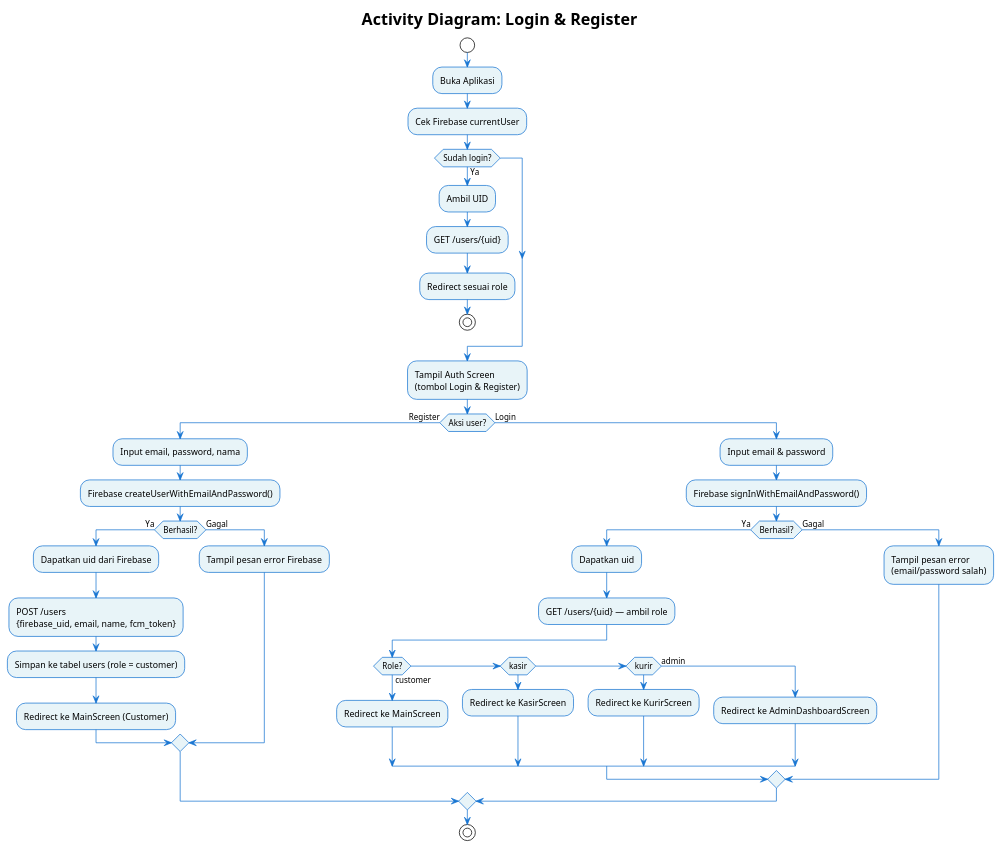
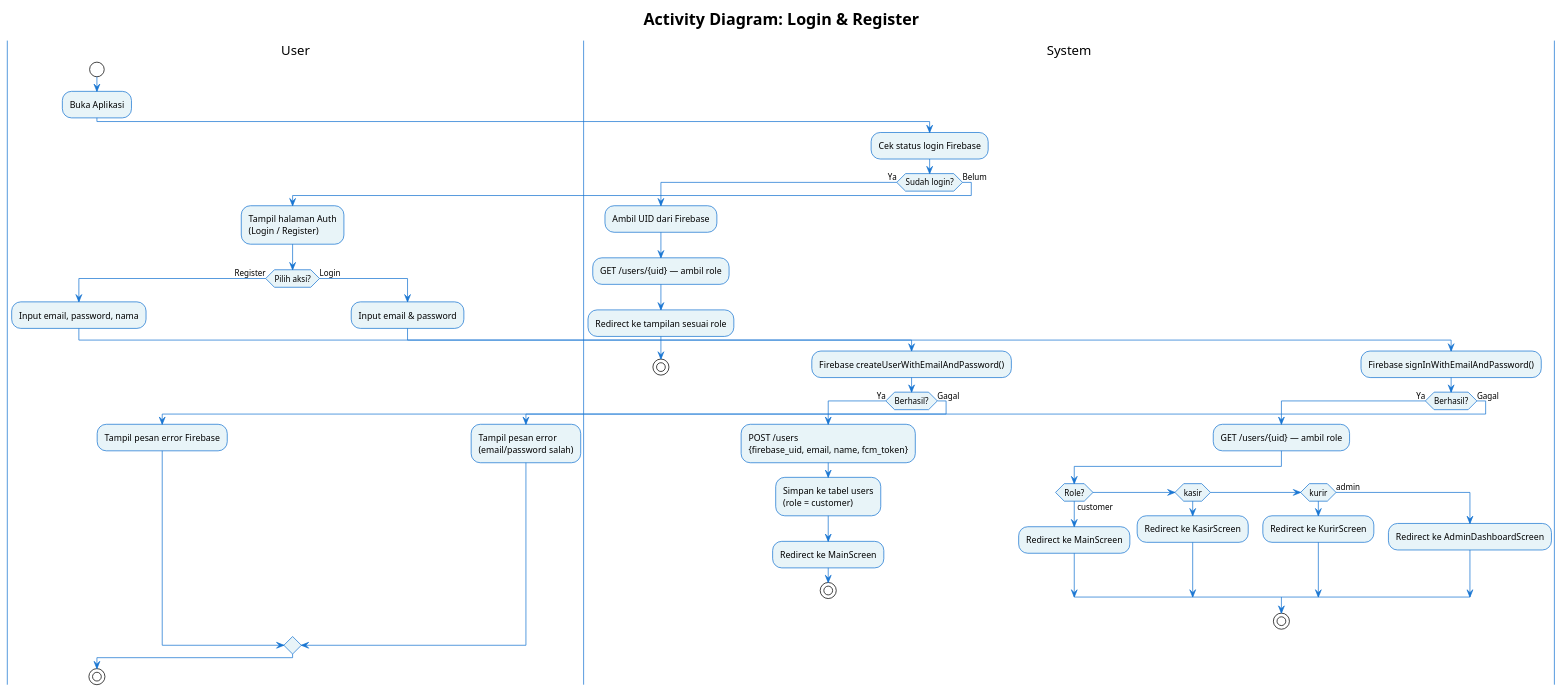
One commit to IlhamMaulana13/Project3-SitemApkOrderGalon changed the diagram in diagrams/activity/06_login_register_activity.puml. Above: the diagram before and after it, drawn with PlantUML. The commit also changed 11 other files, not shown here.

```diff
--- a/diagrams/activity/06_login_register_activity.puml
+++ b/diagrams/activity/06_login_register_activity.puml
@@ -1,54 +1,63 @@
 @startuml AD_Login_Register
 !theme plain
 title Activity Diagram: Login & Register
 skinparam ArrowColor #1976D2
 skinparam ActivityBackgroundColor #E8F4F8
 skinparam ActivityBorderColor #1976D2
+skinparam SwimlaneBorderColor #1976D2
 
+|User|
 start
 :Buka Aplikasi;
-:Cek Firebase currentUser;
+
+|System|
+:Cek status login Firebase;
 
 if (Sudah login?) then (Ya)
-    :Ambil UID;
-    :GET /users/{uid};
-    :Redirect sesuai role;
+    :Ambil UID dari Firebase;
+    :GET /users/{uid} — ambil role;
+    :Redirect ke tampilan sesuai role;
     stop
-endif
+else (Belum)
+    |User|
+    :Tampil halaman Auth\n(Login / Register);
 
-:Tampil Auth Screen\n(tombol Login & Register);
+    if (Pilih aksi?) then (Register)
+        :Input email, password, nama;
+        |System|
+        :Firebase createUserWithEmailAndPassword();
+        if (Berhasil?) then (Ya)
+            :POST /users\n{firebase_uid, email, name, fcm_token};
+            :Simpan ke tabel users\n(role = customer);
+            :Redirect ke MainScreen;
+            stop
+        else (Gagal)
+            |User|
+            :Tampil pesan error Firebase;
+        endif
 
-if (Aksi user?) then (Register)
-    :Input email, password, nama;
-    :Firebase createUserWithEmailAndPassword();
-    if (Berhasil?) then (Ya)
-        :Dapatkan uid dari Firebase;
-        :POST /users\n{firebase_uid, email, name, fcm_token};
-        :Simpan ke tabel users (role = customer);
-        :Redirect ke MainScreen (Customer);
-    else (Gagal)
-        :Tampil pesan error Firebase;
-    endif
-
-else (Login)
-    :Input email & password;
-    :Firebase signInWithEmailAndPassword();
-    if (Berhasil?) then (Ya)
-        :Dapatkan uid;
-        :GET /users/{uid} — ambil role;
-        if (Role?) then (customer)
-            :Redirect ke MainScreen;
-        elseif (kasir) then
-            :Redirect ke KasirScreen;
-        elseif (kurir) then
-            :Redirect ke KurirScreen;
-        else (admin)
-            :Redirect ke AdminDashboardScreen;
+    else (Login)
+        :Input email & password;
+        |System|
+        :Firebase signInWithEmailAndPassword();
+        if (Berhasil?) then (Ya)
+            :GET /users/{uid} — ambil role;
+            if (Role?) then (customer)
+                :Redirect ke MainScreen;
+            elseif (kasir) then
+                :Redirect ke KasirScreen;
+            elseif (kurir) then
+                :Redirect ke KurirScreen;
+            else (admin)
+                :Redirect ke AdminDashboardScreen;
+            endif
+            stop
+        else (Gagal)
+            |User|
+            :Tampil pesan error\n(email/password salah);
         endif
-    else (Gagal)
-        :Tampil pesan error\n(email/password salah);
     endif
 endif
 
 stop
 @enduml
```
